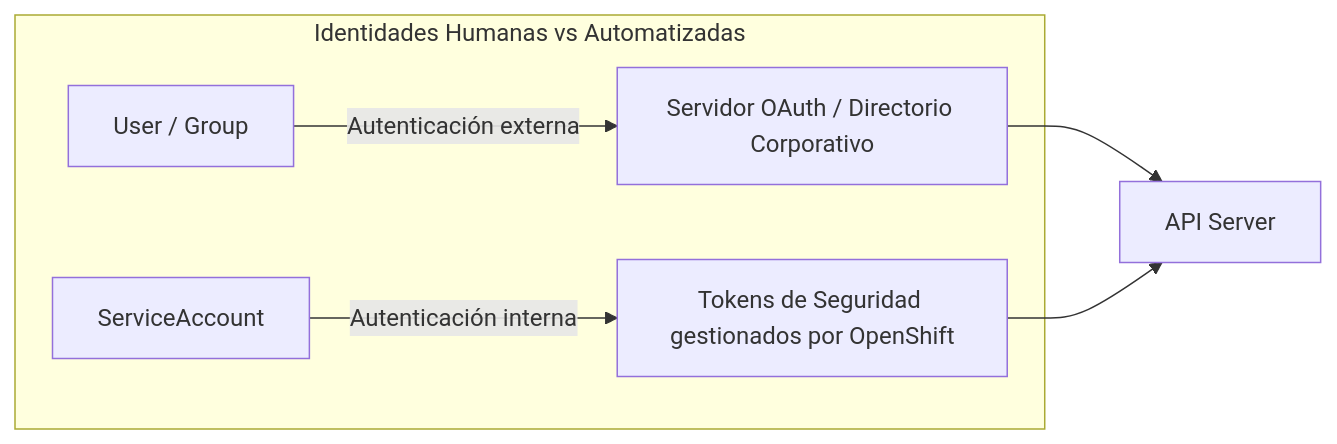
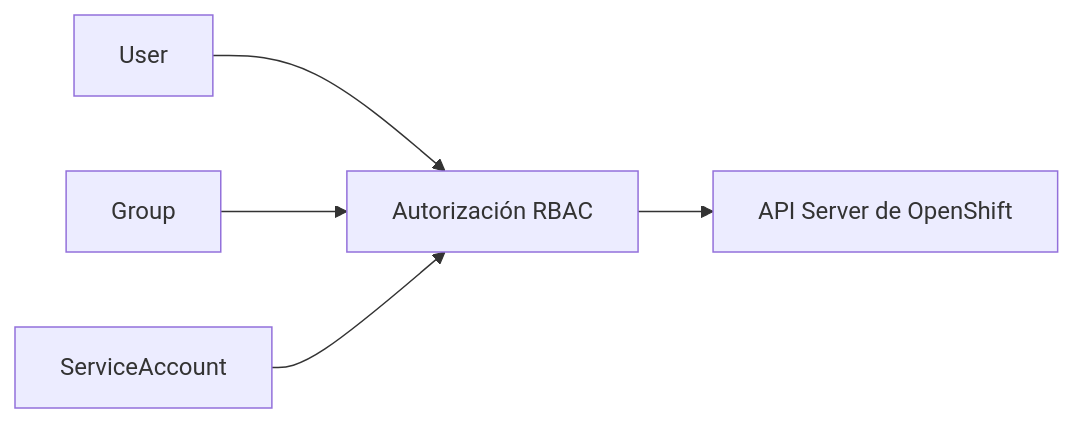
One commit to ieftraining/curso-openshift changed the fourth of 7 diagrams in docs/sesion4/4.1 Proyectos y permisos.md. Above: the diagram before and after it, drawn with Mermaid. The commit also changed other lines of this file, not shown here.

````diff
--- a/docs/sesion4/4.1 Proyectos y permisos.md
+++ b/docs/sesion4/4.1 Proyectos y permisos.md
@@ -124,9 +121,7 @@
 ```mermaid
 flowchart LR
-    subgraph Identidades Humanas vs Automatizadas
-        A[User / Group] -->|Autenticación externa| B[Servidor OAuth / Directorio Corporativo]
-        C[ServiceAccount] -->|Autenticación interna| D[Tokens de Seguridad gestionados por OpenShift]
-    end
-    B --> E[API Server]
-    D --> E
+    U[User] --> RBAC[Autorización RBAC]
+    G[Group] --> RBAC
+    SA[ServiceAccount] --> RBAC
+    RBAC --> API[API Server de OpenShift]
 ```
````
